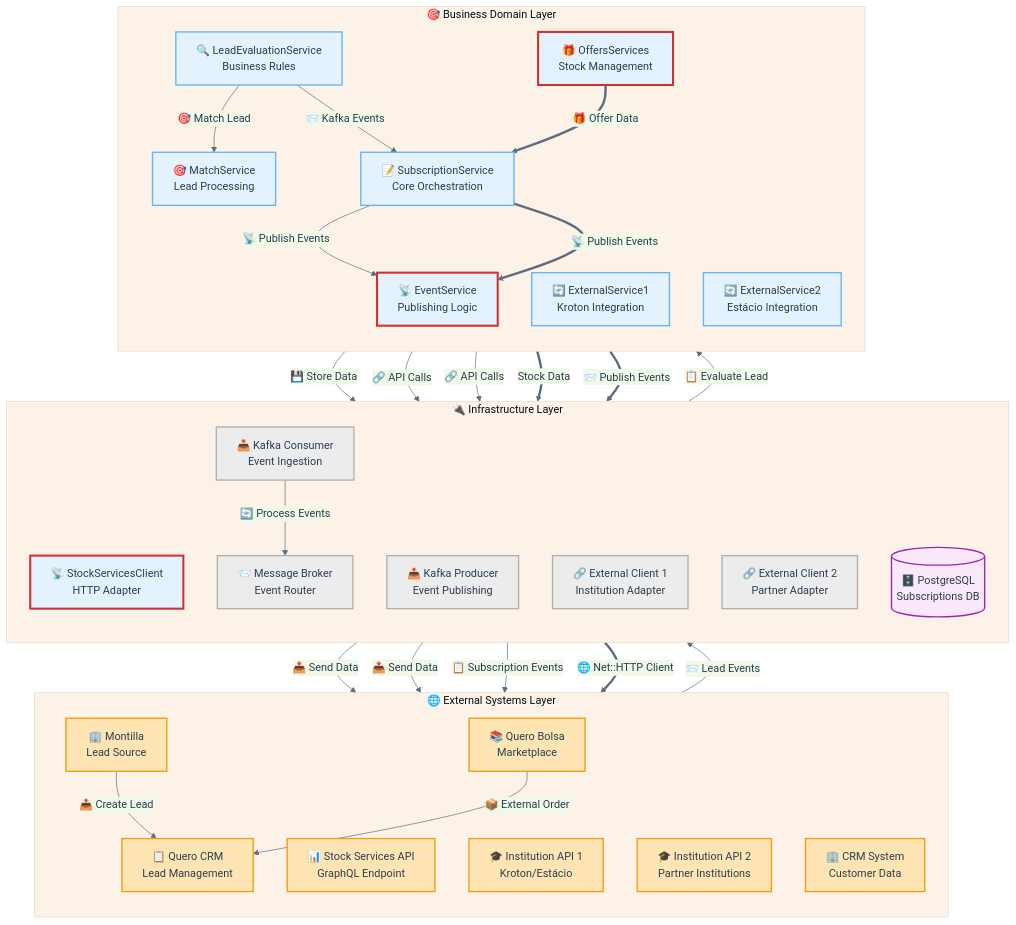
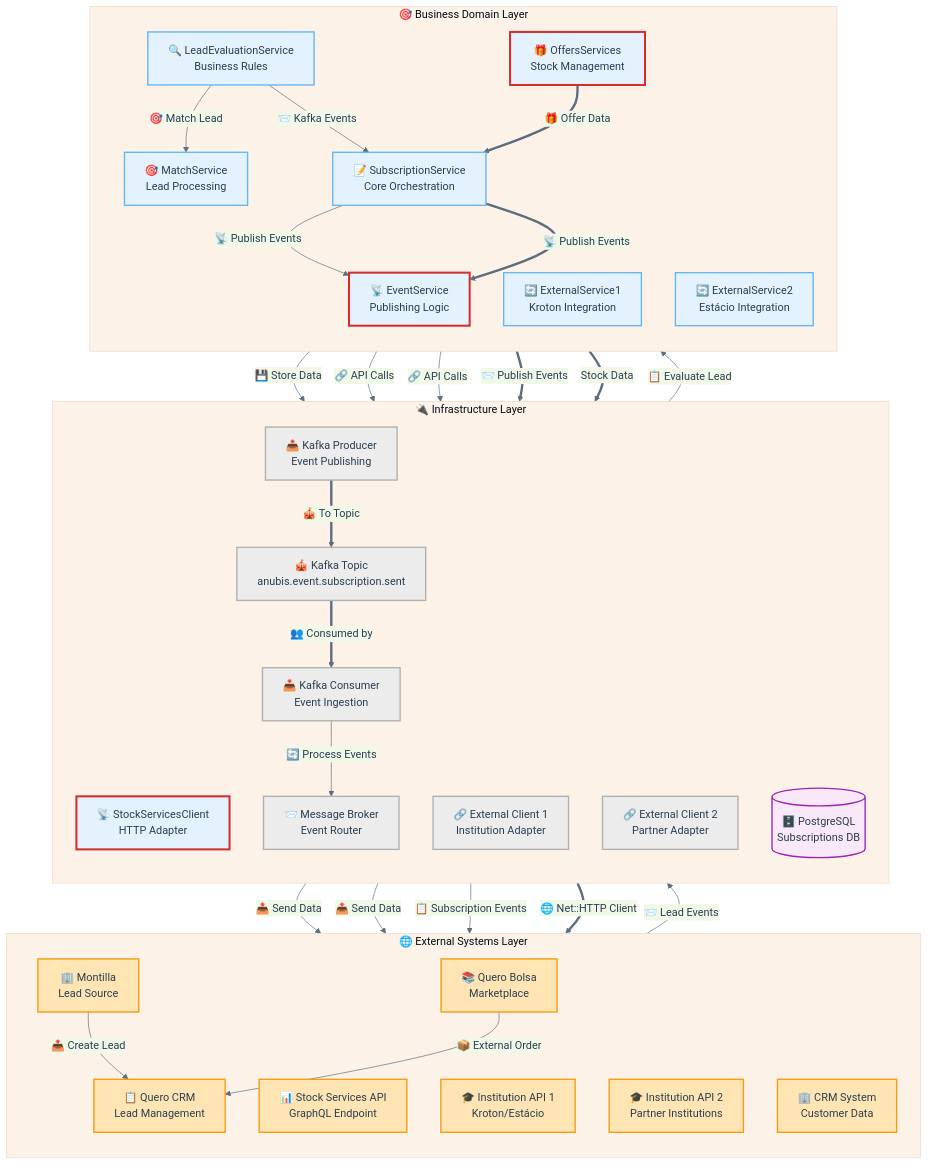
The third of 6 diagrams in inputs/started-requirements.md (enogrob/project-qeevo-anubis), drawn with Mermaid before and after one commit.

Commit message:
update-requirements

```diff
--- a/inputs/started-requirements.md
+++ b/inputs/started-requirements.md
@@ -243,6 +243,7 @@
         StockServicesClient["📡 StockServicesClient<br/>HTTP Adapter"]
         KafkaConsumer["📥 Kafka Consumer<br/>Event Ingestion"]
         KafkaProducer["📤 Kafka Producer<br/>Event Publishing"]
+        KafkaTopic["🎪 Kafka Topic<br/>anubis.event.subscription.sent"]
         MessageBroker["📨 Message Broker<br/>Event Router"]
         ExternalClient1["🔗 External Client 1<br/>Institution Adapter"]
         ExternalClient2["🔗 External Client 2<br/>Partner Adapter"]
@@ -261,42 +262,34 @@
     end
 
     %% Data Flow Connections
-    %% Lead ingestion flow
     Montilla -->|"📤 Create Lead"| QuerCRM
     QueroBolsa -->|"📦 External Order"| QuerCRM
     QuerCRM -->|"📨 Lead Events"| KafkaConsumer
     KafkaConsumer -->|"🔄 Process Events"| MessageBroker
     MessageBroker -->|"📋 Evaluate Lead"| LeadEvaluationService
 
-    %% Business processing flow
     LeadEvaluationService -->|"🎯 Match Lead"| MatchService
     LeadEvaluationService -->|"📨 Kafka Events"| SubscriptionService
 
-    %% Subscription orchestration
     SubscriptionService -->|"📡 Publish Events"| EventService
     SubscriptionService -->|"💾 Store Data"| Database
 
-    %% External integrations
     ExternalService1 -->|"🔗 API Calls"| ExternalClient1
     ExternalService2 -->|"🔗 API Calls"| ExternalClient2
     ExternalClient1 -->|"📤 Send Data"| ExternalAPI1
     ExternalClient2 -->|"📤 Send Data"| ExternalAPI2
 
-    %% Event publishing
-    KafkaProducer -->|"📋 Subscription Events"| CRM
+    %% Event publishing with Kafka topic
+    EventService ==> |"📨 Publish Events"| KafkaProducer
+    KafkaProducer ==> |"🎪 To Topic"| KafkaTopic
+    KafkaTopic ==> |"👥 Consumed by"| KafkaConsumer
+    KafkaTopic -->|"📋 Subscription Events"| CRM
 
-    %% Stock data flow
     StockServicesClient ==> |"🌐 Net::HTTP Client"| StockAPI
     OffersServices ==> |"Stock Data"| StockServicesClient
 
-    %% Business processing flow
     OffersServices ==> |"🎁 Offer Data"| SubscriptionService
-
-    %% Subscription orchestration
     SubscriptionService ==> |"📡 Publish Events"| EventService
-
-    %% Event publishing
-    EventService ==> |"📨 Publish Events"| KafkaProducer
 
     %% Styling for visual clarity
     classDef externalSystem fill:#FFE5B4,stroke:#F39C12,stroke-width:2px,color:#2C3E50
@@ -306,7 +299,7 @@
     classDef highlightRedBorder fill:#E3F2FD,stroke:#d32f2f,stroke-width:3px,color:#2C3E50
 
     class Montilla,QueroBolsa,StockAPI,ExternalAPI1,ExternalAPI2,CRM,QuerCRM externalSystem
-    class StockServicesClient,KafkaConsumer,KafkaProducer,MessageBroker,ExternalClient1,ExternalClient2 infrastructure
+    class StockServicesClient,KafkaConsumer,KafkaProducer,KafkaTopic,MessageBroker,ExternalClient1,ExternalClient2 infrastructure
     class OffersServices,SubscriptionService,LeadEvaluationService,MatchService,ExternalService1,ExternalService2,EventService domainService
     class Database database
     class StockServicesClient,EventService,OffersServices highlightRedBorder
```
